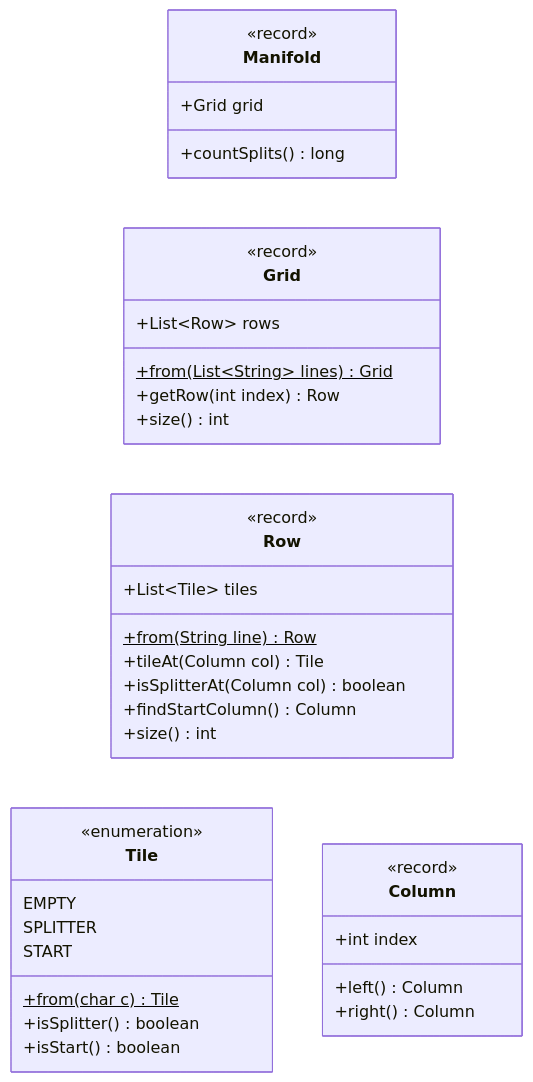
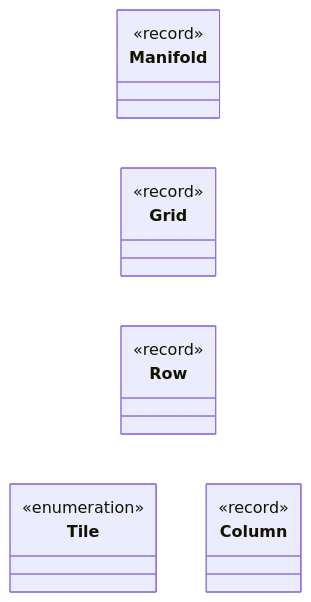
The diagram in UML diagrams/uml_day07a.md (lauraheerrera/aoc2025), drawn with Mermaid before and after one commit. The commit also changed 76 other files, not shown here.

````diff
--- a/UML diagrams/uml_day07a.md
+++ b/UML diagrams/uml_day07a.md
@@ -3,45 +3,24 @@
 ```mermaid
 %%{init: { 'themeVariables': { 'lineColor': '#FFFFFF' } } }%%
 classDiagram
     direction TB
     class Manifold {
         <<record>>
-        +Grid grid
-        +countSplits() long
     }
     class Grid {
         <<record>>
-        +List~Row~ rows
-        +from(List~String~ lines)$ Grid
-        +getRow(int index) Row
-        +size() int
     }
     class Row {
         <<record>>
-        +List~Tile~ tiles
-        +from(String line)$ Row
-        +tileAt(Column col) Tile
-        +isSplitterAt(Column col) boolean
-        +findStartColumn() Column
-        +size() int
     }
     class Tile {
         <<enumeration>>
-        EMPTY
-        SPLITTER
-        START
-        +from(char c)$ Tile
-        +isSplitter() boolean
-        +isStart() boolean
     }
     class Column {
         <<record>>
-        +int index
-        +left() Column
-        +right() Column
     }
     Manifold --> Grid
     Grid --> Row
     Row --> Tile
     Row --> Column
 ```
````
